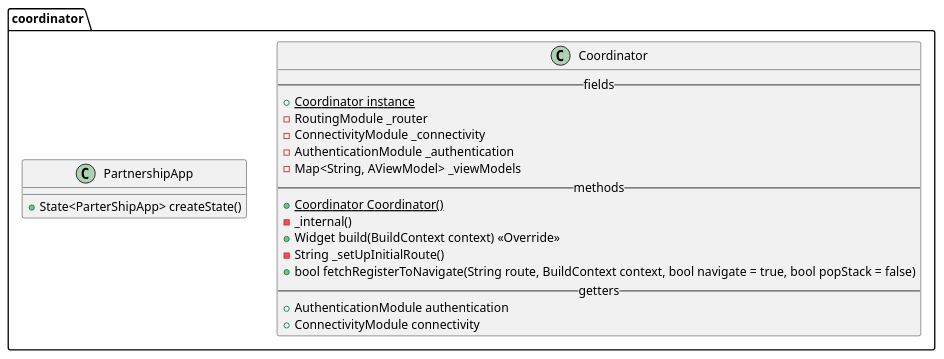
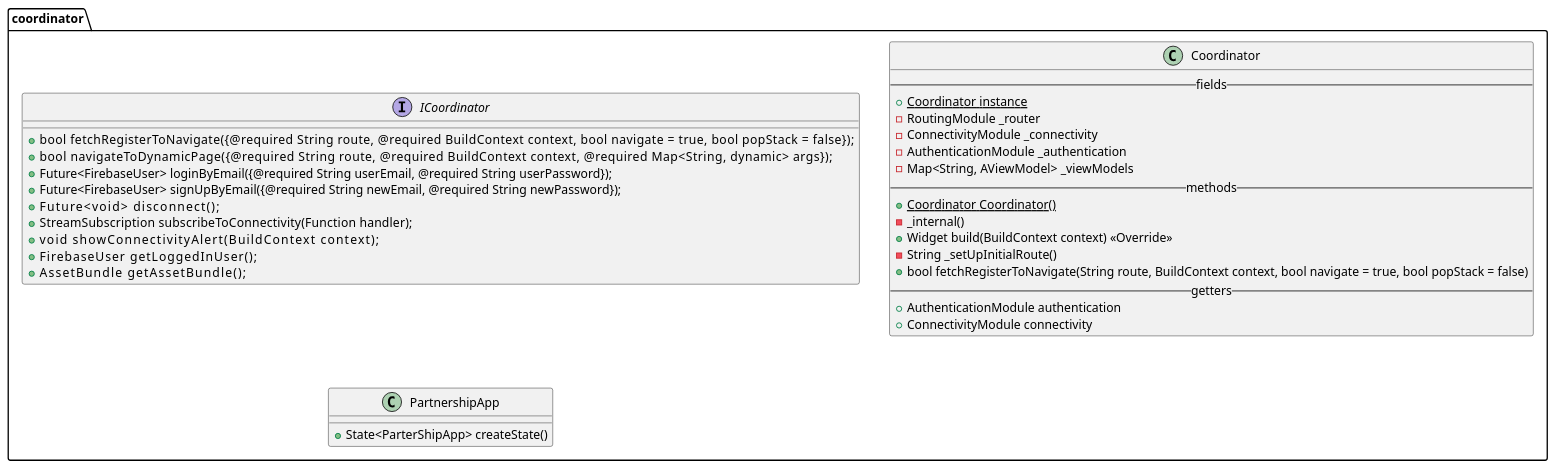
Before and after one commit to Partner-SHIP/partnership-app: the diagram in doc/diagrams/src/AppCoordinator.md, drawn with PlantUML. The commit also changed 12 other files, not shown here.

Commit message:
PLANT UML UPDATE

````diff
--- a/doc/diagrams/src/AppCoordinator.md
+++ b/doc/diagrams/src/AppCoordinator.md
@@ -1,28 +1,41 @@
 ```plantuml
 @startuml AppCoordinator
 
 package coordinator {
+
+    interface ICoordinator {
+         + bool                  fetchRegisterToNavigate({@required String route, @required BuildContext context, bool navigate = true, bool popStack = false});
+         + bool                  navigateToDynamicPage({@required String route, @required BuildContext context, @required Map<String, dynamic> args});
+         + Future<FirebaseUser>  loginByEmail({@required String userEmail, @required String userPassword});
+         + Future<FirebaseUser>  signUpByEmail({@required String newEmail, @required String newPassword});
+         + Future<void>          disconnect();
+         + StreamSubscription    subscribeToConnectivity(Function handler);
+         + void                  showConnectivityAlert(BuildContext context);
+         + FirebaseUser          getLoggedInUser();
+         + AssetBundle           getAssetBundle();
+    }
+    
     class Coordinator {
         --fields--
         + {static} Coordinator instance
         - RoutingModule _router
         - ConnectivityModule _connectivity
         - AuthenticationModule _authentication
         - Map<String, AViewModel> _viewModels
         --methods--
         + {static} Coordinator Coordinator()
         - _internal()
         + Widget build(BuildContext context) <<Override>>
         - String _setUpInitialRoute()
         + bool fetchRegisterToNavigate(String route, BuildContext context, bool navigate = true, bool popStack = false)
         --getters--
         + AuthenticationModule authentication
         + ConnectivityModule connectivity
     }
     class PartnershipApp {
         + State<ParterShipApp> createState()
     }
 }
 
 @enduml
 ```
````
